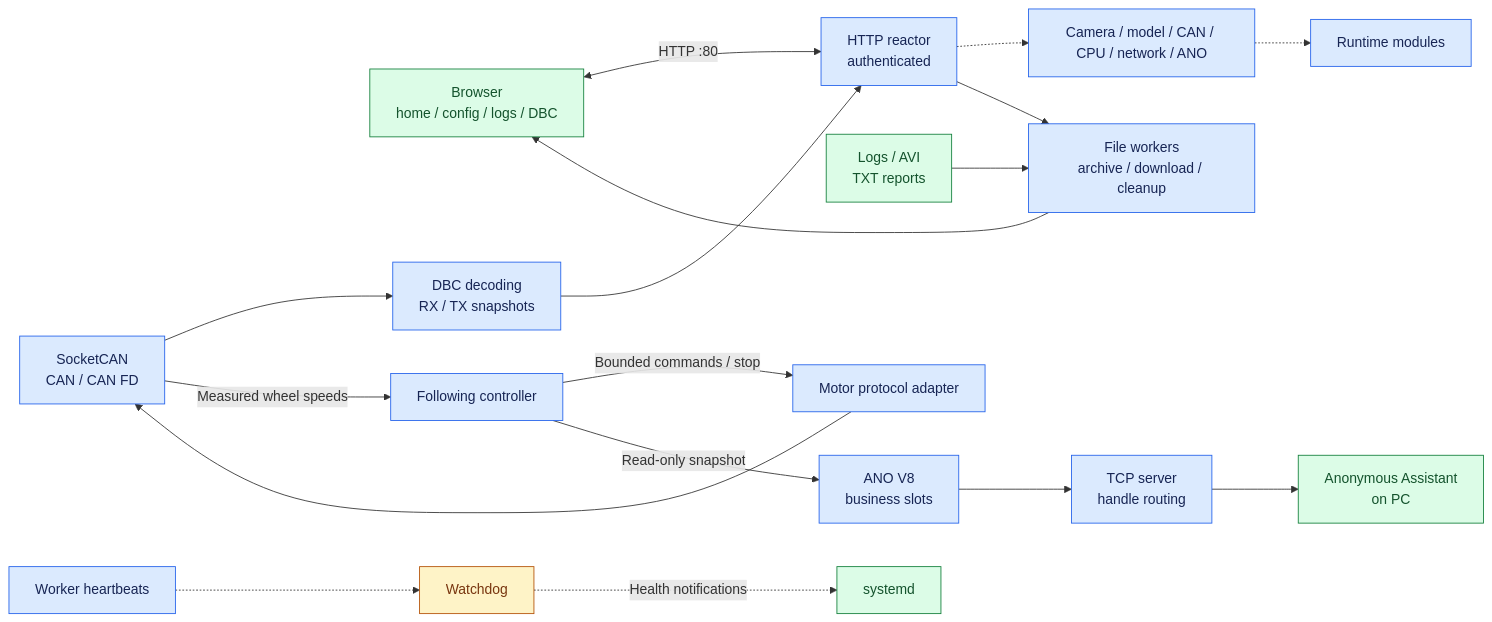
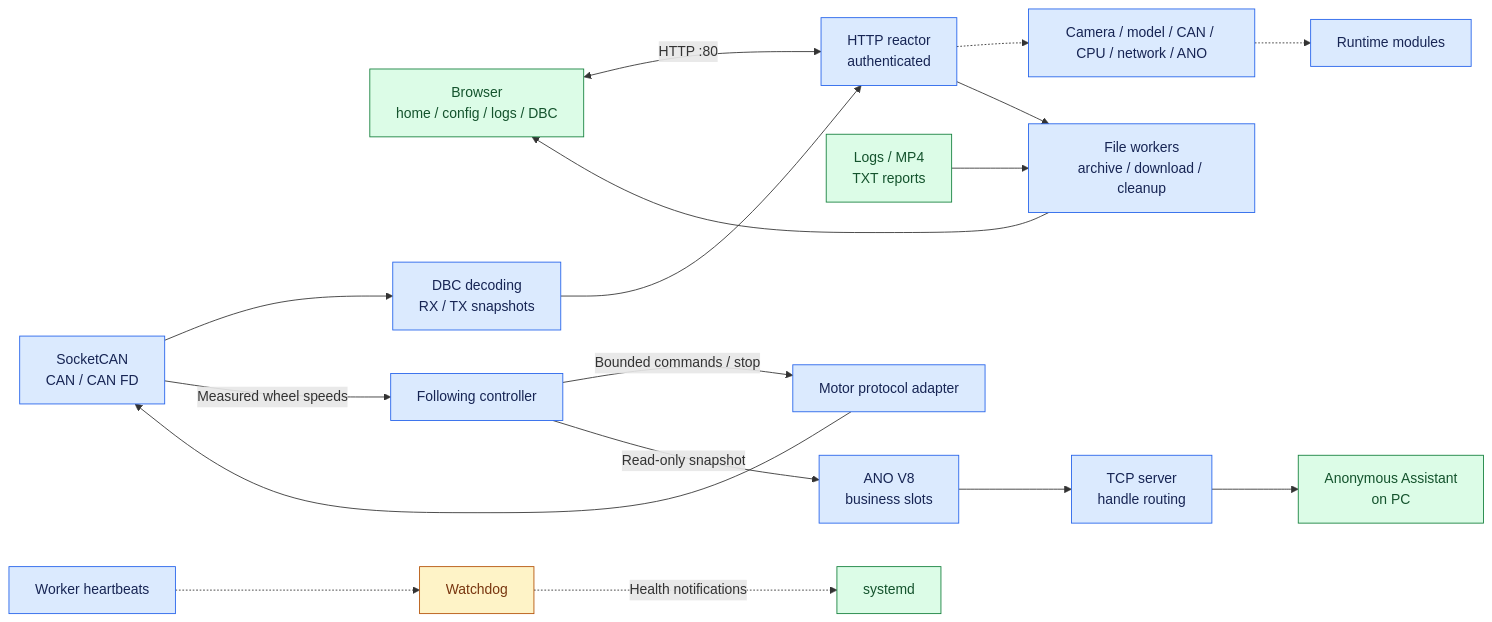
One commit to qianruo-orange/autonomous-driving-car changed the sixth of 6 diagrams in README.md. Above: the diagram before and after it, drawn with Mermaid. The commit also changed other lines of this file, not shown here.

````diff
--- a/README.md
+++ b/README.md
@@ -487,25 +488,25 @@
 ```mermaid
 flowchart LR
     Browser["Browser<br/>home / config / logs / DBC"] <-->|HTTP :80| HTTP["HTTP reactor<br/>authenticated"]
     HTTP -.-> Settings["Camera / model / CAN / CPU / network / ANO"]
     Settings -.-> Modules["Runtime modules"]
     HTTP --> Files["File workers<br/>archive / download / cleanup"]
-    Storage["Logs / AVI<br/>TXT reports"] --> Files
+    Storage["Logs / MP4<br/>TXT reports"] --> Files
     Files --> Browser
     CAN["SocketCAN<br/>CAN / CAN FD"] --> DBC["DBC decoding<br/>RX / TX snapshots"]
     DBC --> HTTP
     CAN -->|Measured wheel speeds| Follow["Following controller"]
     Follow -->|Bounded commands / stop| Adapter["Motor protocol adapter"]
     Adapter --> CAN
     Follow -->|Read-only snapshot| ANO["ANO V8<br/>business slots"]
     ANO --> TCP["TCP server<br/>handle routing"]
     TCP --> PC["Anonymous Assistant<br/>on PC"]
     Workers["Worker heartbeats"] -.-> Watchdog["Watchdog"]
     Watchdog -.->|Health notifications| Systemd["systemd"]
     classDef process fill:#dbeafe,stroke:#2563eb,color:#172554
     classDef output fill:#dcfce7,stroke:#15803d,color:#14532d
     classDef check fill:#fef3c7,stroke:#b45309,color:#78350f
     class HTTP,Settings,Modules,Files,CAN,DBC,Follow,Adapter,ANO,TCP,Workers process
     class Browser,Storage,PC,Systemd output
     class Watchdog check
 ```
````
